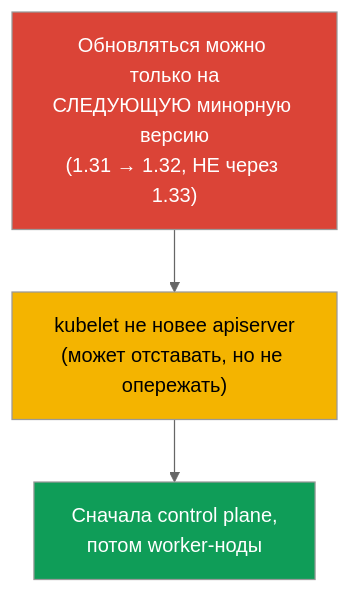
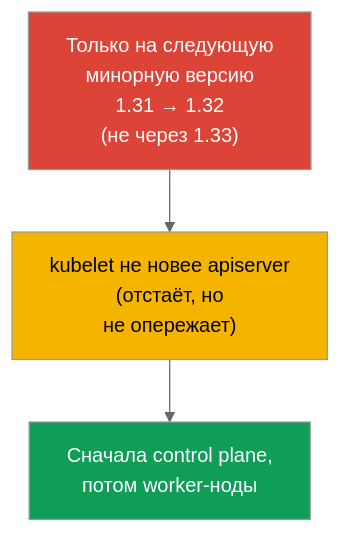
One commit to ViktorUJ/cks changed the first of 8 diagrams in tasks/cka/course/36/ru.md. Above: the diagram before and after it, drawn with Mermaid (neutral theme). The commit also changed other lines of this file and 30 other files, not shown here.

````diff
--- a/tasks/cka/course/36/ru.md
+++ b/tasks/cka/course/36/ru.md
@@ -16,10 +16,10 @@
 ```mermaid
 flowchart TB
-    r1["Обновляться можно только на<br>СЛЕДУЮЩУЮ минорную версию<br>(1.31 → 1.32, НЕ через 1.33)"]
-    r2["kubelet не новее apiserver<br>(может отставать, но не опережать)"]
+    r1["Только на следующую<br>минорную версию<br>1.31 → 1.32<br>(не через 1.33)"]
+    r2["kubelet не новее apiserver<br>(отстаёт, но<br>не опережает)"]
     r3["Сначала control plane,<br>потом worker-ноды"]
     r1 --> r2 --> r3
     style r1 fill:#db4437,color:#fff
     style r2 fill:#f4b400,color:#000
     style r3 fill:#0f9d58,color:#fff
 ```
````
